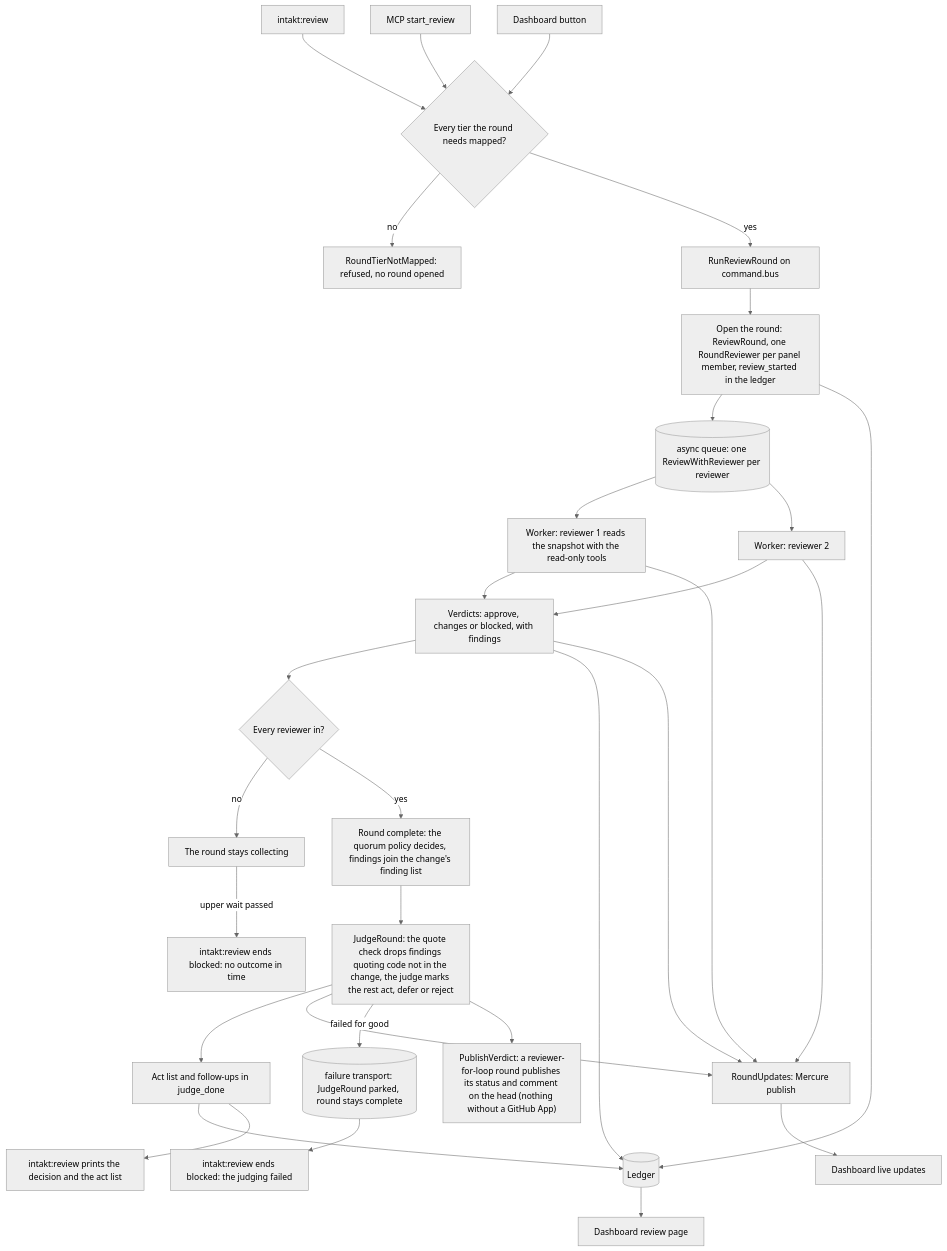
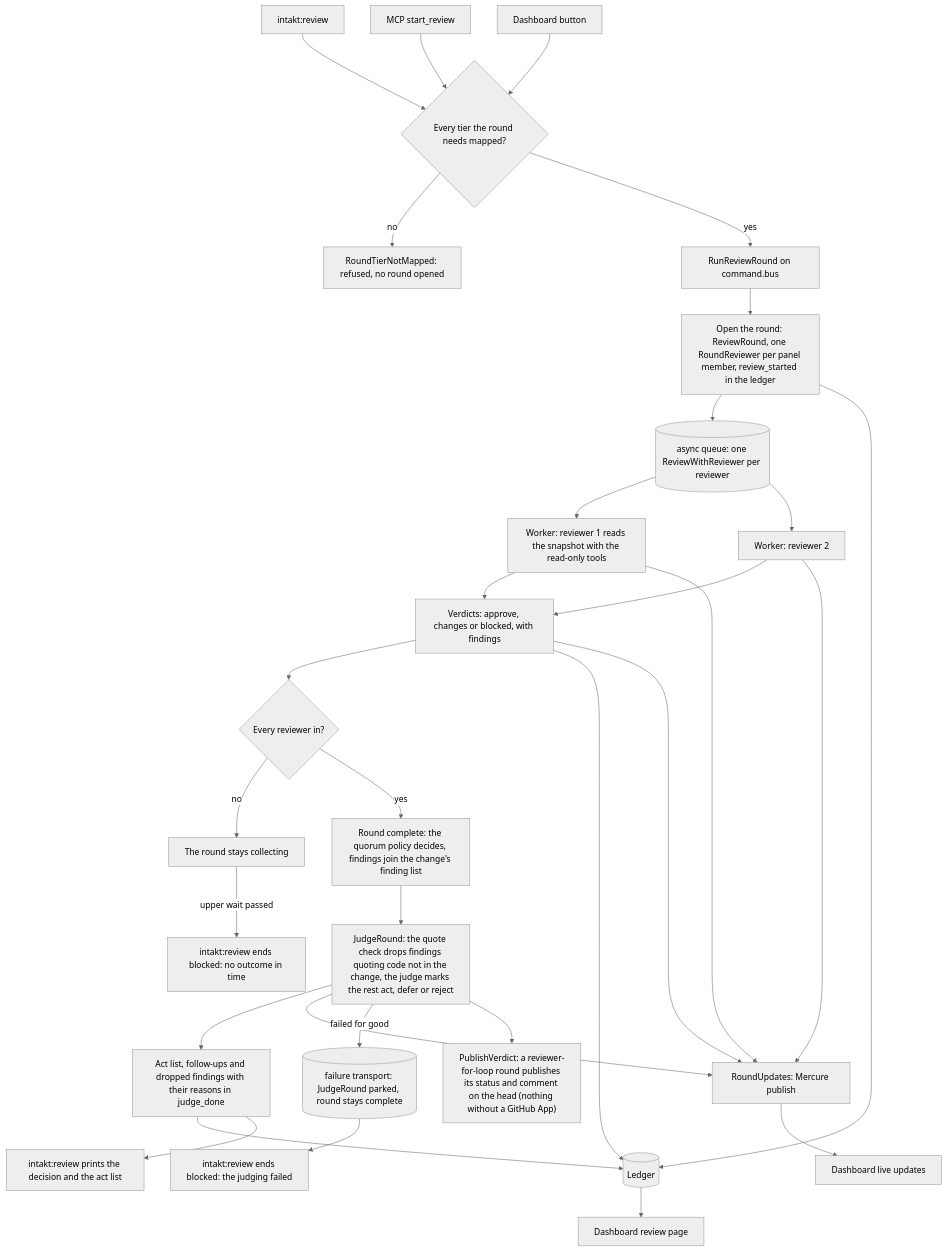
The diagram in docs/architecture/review-flow.md (shinyredapples/intakt), drawn with Mermaid (neutral theme) before and after one commit. The commit also changed other lines of this file and 4 other files, not shown here.

Commit message:
docs(review): record drop reasons in judge_done and the threat of a wrong drop

````diff
--- a/docs/architecture/review-flow.md
+++ b/docs/architecture/review-flow.md
@@ -5,32 +5,32 @@
 ```mermaid
 flowchart TD
     cli["intakt:review"] --> start
     mcp["MCP start_review"] --> start
     btn["Dashboard button"] --> start
     start{"Every tier the round needs mapped?"} -->|no| refused["RoundTierNotMapped: refused, no round opened"]
     start -->|yes| run["RunReviewRound on command.bus"] --> open["Open the round: ReviewRound, one RoundReviewer per panel member, review_started in the ledger"]
     open --> queue[("async queue: one ReviewWithReviewer per reviewer")]
     queue --> w1["Worker: reviewer 1 reads the snapshot with the read-only tools"]
     queue --> w2["Worker: reviewer 2"]
     w1 --> verdicts["Verdicts: approve, changes or blocked, with findings"]
     w2 --> verdicts
     verdicts --> complete{"Every reviewer in?"}
     complete -->|no| wait["The round stays collecting"]
     complete -->|yes| quorum["Round complete: the quorum policy decides, findings join the change's finding list"]
     quorum --> judge["JudgeRound: the quote check drops findings quoting code not in the change, the judge marks the rest act, defer or reject"]
-    judge --> act["Act list and follow-ups in judge_done"]
+    judge --> act["Act list, follow-ups and dropped findings with their reasons in judge_done"]
     act --> ledger[("Ledger")]
     open --> ledger
     verdicts --> ledger
     ledger --> dash["Dashboard review page"]
     w1 --> updates["RoundUpdates: Mercure publish"]
     w2 --> updates
     verdicts --> updates
     judge --> updates
     updates --> live["Dashboard live updates"]
     act --> out["intakt:review prints the decision and the act list"]
     judge -->|failed for good| failed[("failure transport: JudgeRound parked, round stays complete")]
     failed --> outFailed["intakt:review ends blocked: the judging failed"]
     wait -->|upper wait passed| outLate["intakt:review ends blocked: no outcome in time"]
     judge --> publish["PublishVerdict: a reviewer-for-loop round publishes its status and comment on the head (nothing without a GitHub App)"]
 ```
````
